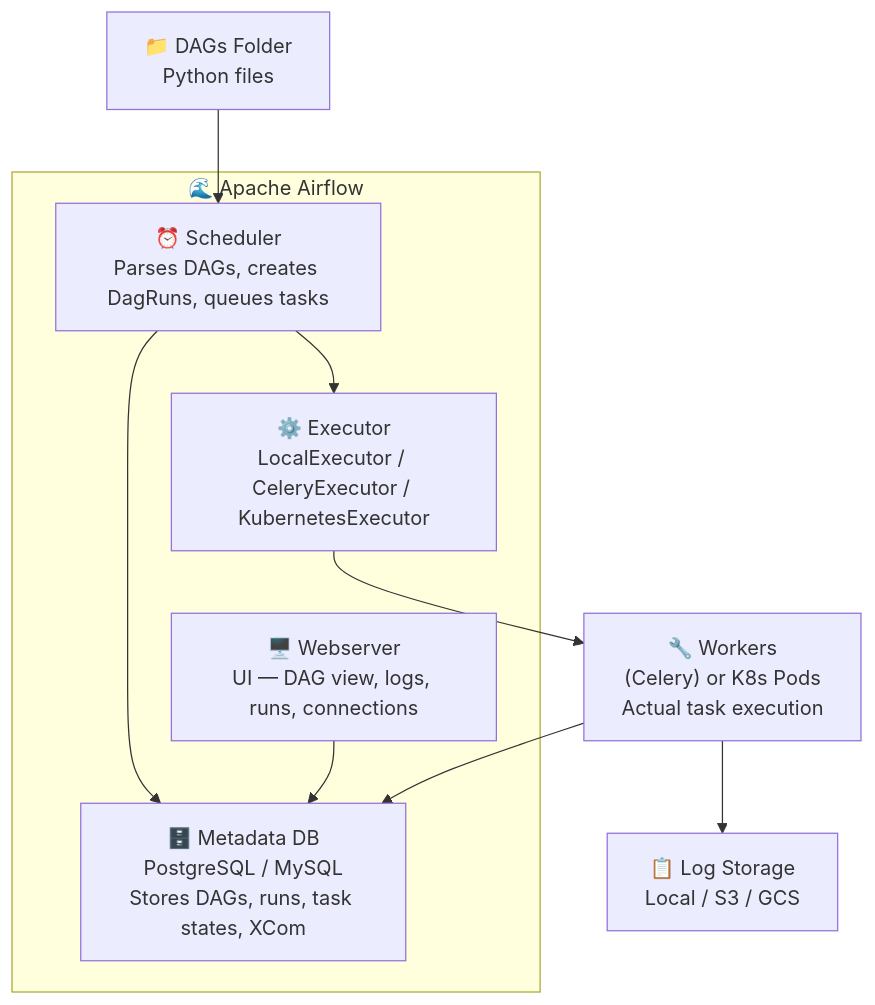
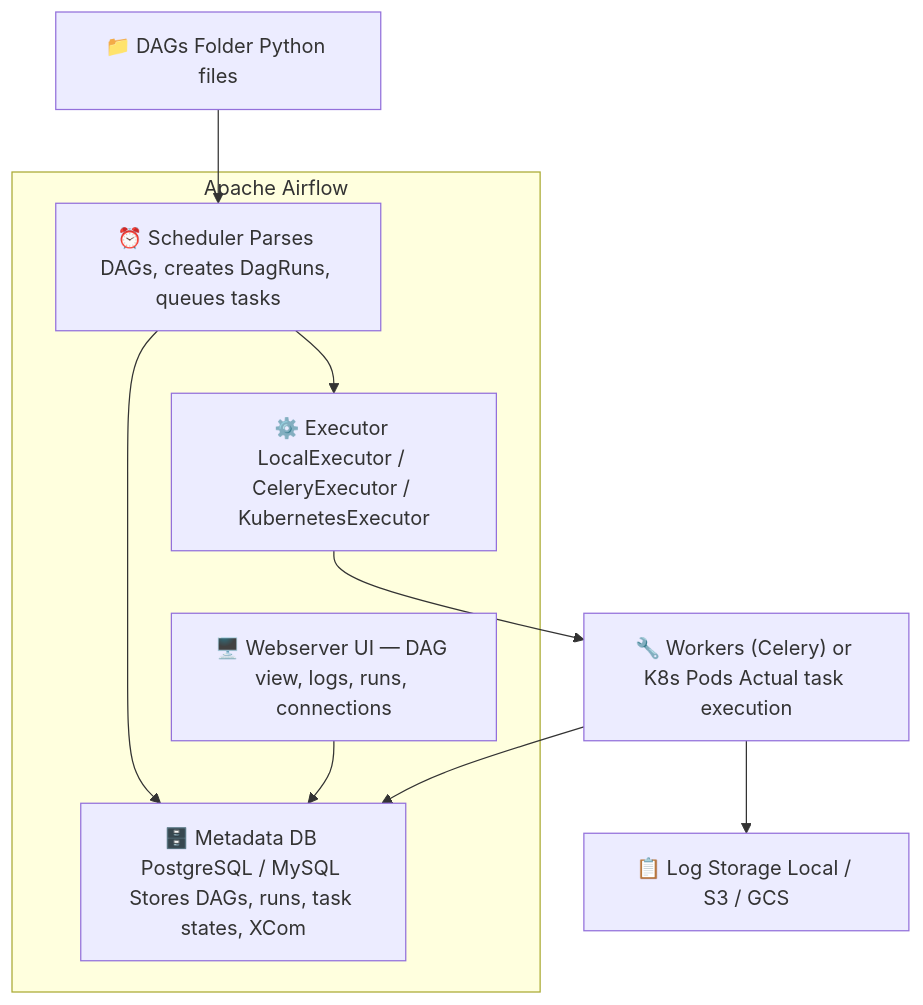
One commit to naveenkumar1661997/notes changed the first of 2 diagrams in airflow.md. Above: the diagram before and after it, drawn with Mermaid. The commit also changed other lines of this file and 12 other files, not shown here.

```diff
--- a/airflow.md
+++ b/airflow.md
@@ -33,17 +33,17 @@
 <pre class="mermaid">
 flowchart TD
-    subgraph AIRFLOW["🌊 Apache Airflow"]
-        WEB["🖥️ Webserver\nUI — DAG view, logs, runs, connections"]
-        SCH["⏰ Scheduler\nParses DAGs, creates DagRuns, queues tasks"]
-        EXE["⚙️ Executor\nLocalExecutor / CeleryExecutor / KubernetesExecutor"]
-        META["🗄️ Metadata DB\nPostgreSQL / MySQL\nStores DAGs, runs, task states, XCom"]
+    subgraph AIRFLOW["Apache Airflow"]
+        WEB["🖥️ Webserver UI — DAG view, logs, runs, connections"]
+        SCH["⏰ Scheduler Parses DAGs, creates DagRuns, queues tasks"]
+        EXE["⚙️ Executor LocalExecutor / CeleryExecutor / KubernetesExecutor"]
+        META["🗄️ Metadata DB PostgreSQL / MySQL Stores DAGs, runs, task states, XCom"]
     end
 
-    DAGFOLDER["📁 DAGs Folder\nPython files"] --> SCH
+    DAGFOLDER["📁 DAGs Folder Python files"] --> SCH
     SCH --> META
     SCH --> EXE
     WEB --> META
-    EXE --> WORKERS["🔧 Workers\n(Celery) or K8s Pods\nActual task execution"]
+    EXE --> WORKERS["🔧 Workers (Celery) or K8s Pods Actual task execution"]
     WORKERS --> META
-    WORKERS --> LOGS["📋 Log Storage\nLocal / S3 / GCS"]
+    WORKERS --> LOGS["📋 Log Storage Local / S3 / GCS"]
 </pre>
```
